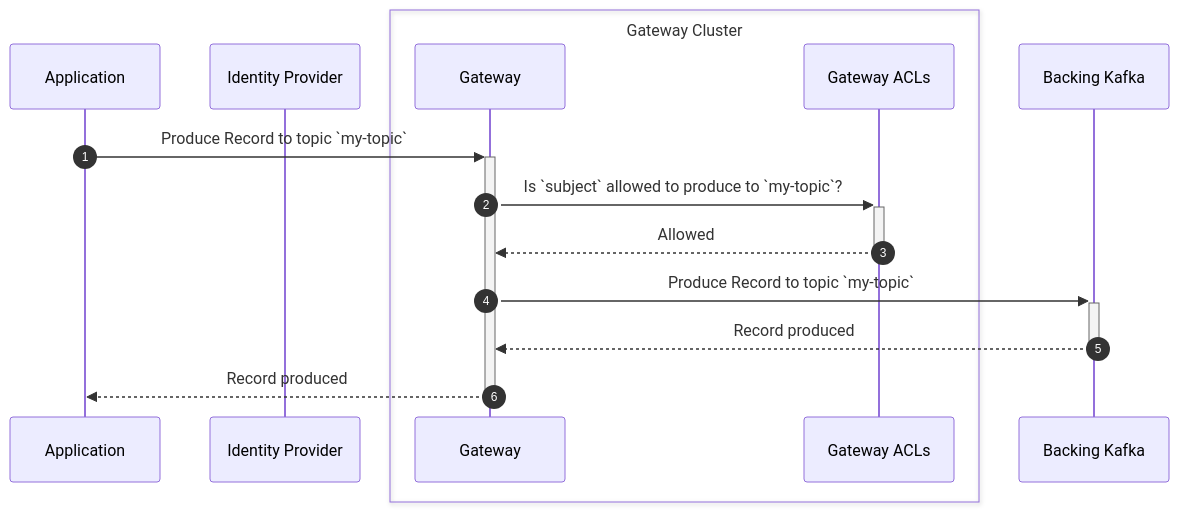
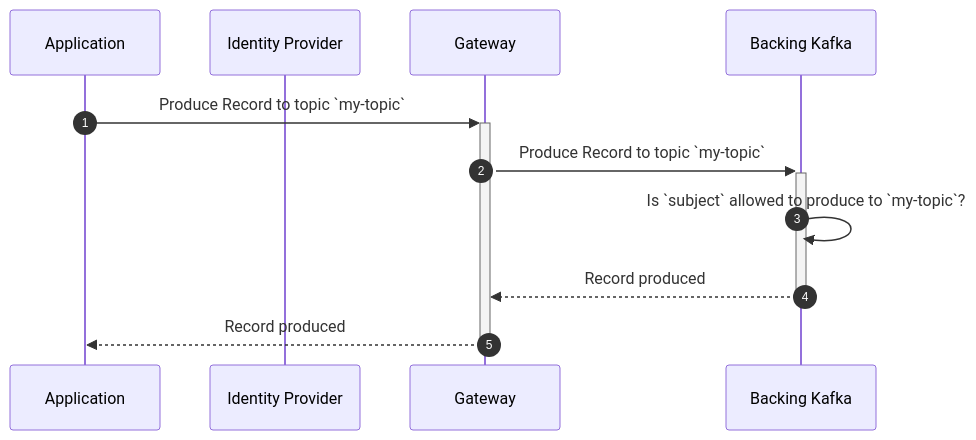
One commit to conduktor/conduktor-docs changed the eighth of 8 diagrams in docs/gateway/configuration/index.md. Above: the diagram before and after it, drawn with Mermaid. The commit also changed other lines of this file, not shown here.

Commit message:
Address comments

````diff
--- a/docs/gateway/configuration/index.md
+++ b/docs/gateway/configuration/index.md
@@ -175,17 +173,13 @@
 ```mermaid
 sequenceDiagram
 	autonumber
 	participant A as Application 
 	participant I as Identity Provider
-	box Gateway Cluster
     participant GW as Gateway
-    participant GW2 as Gateway ACLs
-    end
     participant K as Backing Kafka 
     A->>+GW: Produce Record to topic `my-topic`
-    GW->>+GW2: Is `subject` allowed to produce to `my-topic`?
-    GW2-->>-GW: Allowed
     GW->>+K: Produce Record to topic `my-topic`
+    K->>K: Is `subject` allowed to produce to `my-topic`?
     K-->>-GW: Record produced
     GW-->>-A: Record produced
 ```
````
